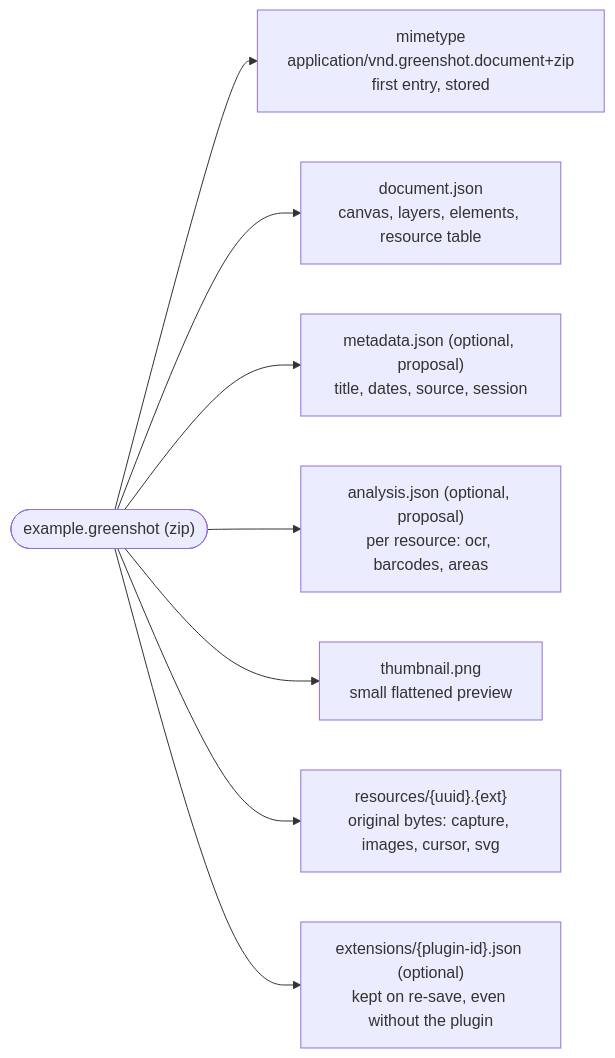
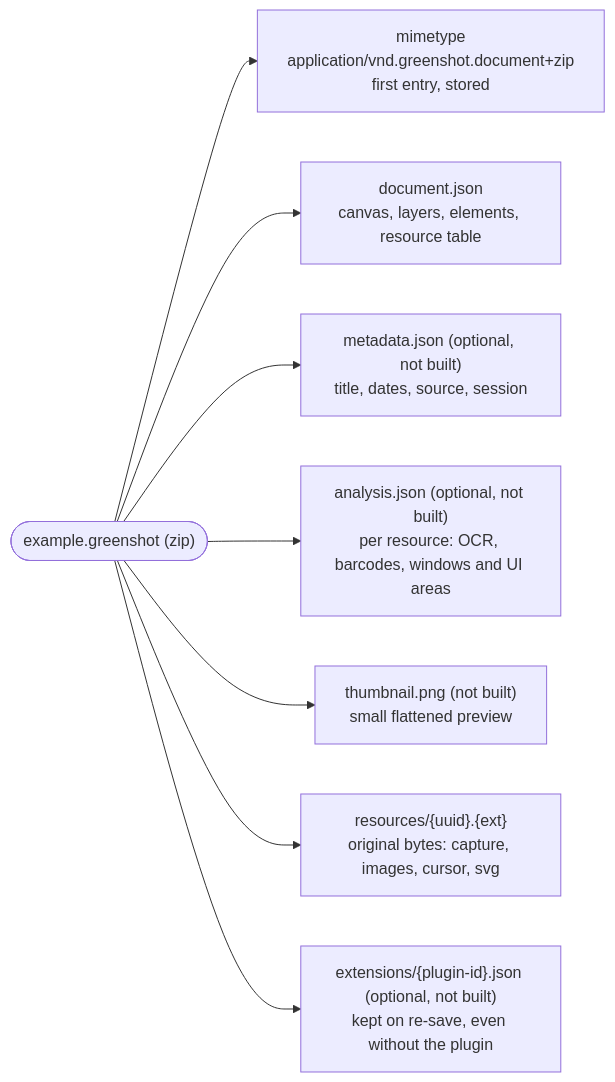
One commit to greenshot/greenshot changed the fourth of 5 diagrams in docs/document-model.md. Above: the diagram before and after it, drawn with Mermaid. The commit also changed other lines of this file, not shown here.

First line of the commit message:
Document model docs: metadata and analysis are decided, package parts show what is built

````diff
--- a/docs/document-model.md
+++ b/docs/document-model.md
@@ -621,11 +622,11 @@
 ```mermaid
 flowchart LR
     Zip(["example.greenshot (zip)"])
     Zip --> Mimetype["mimetype<br/>application/vnd.greenshot.document+zip<br/>first entry, stored"]
     Zip --> DocumentJson["document.json<br/>canvas, layers, elements, resource table"]
-    Zip --> Metadata["metadata.json (optional, proposal)<br/>title, dates, source, session"]
-    Zip --> Analysis["analysis.json (optional, proposal)<br/>per resource: ocr, barcodes, areas"]
-    Zip --> Thumbnail["thumbnail.png<br/>small flattened preview"]
+    Zip --> Metadata["metadata.json (optional, not built)<br/>title, dates, source, session"]
+    Zip --> Analysis["analysis.json (optional, not built)<br/>per resource: OCR, barcodes, windows and UI areas"]
+    Zip --> Thumbnail["thumbnail.png (not built)<br/>small flattened preview"]
     Zip --> Resources["resources/{uuid}.{ext}<br/>original bytes: capture, images, cursor, svg"]
-    Zip --> Extensions["extensions/{plugin-id}.json (optional)<br/>kept on re-save, even without the plugin"]
+    Zip --> Extensions["extensions/{plugin-id}.json (optional, not built)<br/>kept on re-save, even without the plugin"]
 ```
````
